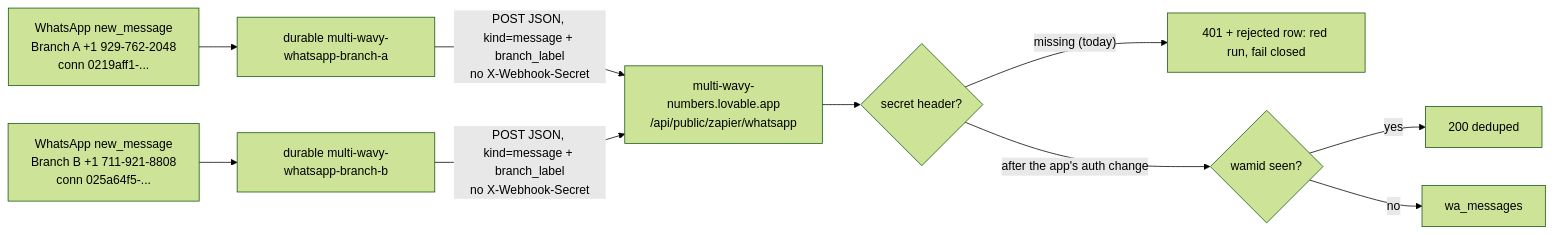
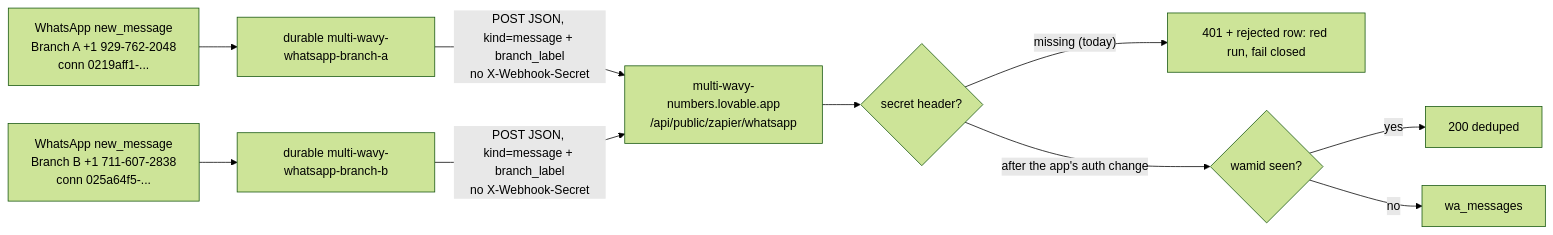
Before and after one commit to work-flowers/zapier-sdk: the first of 2 diagrams in multi-wavy-whatsapp-forwarder/README.md, drawn with Mermaid (forest theme). The commit also changed other lines of this file and 7 other files, not shown here.

First line of the commit message:
Fix Branch B's WhatsApp number: +1 711-607-2838, not 711-921-8808

````diff
--- a/multi-wavy-whatsapp-forwarder/README.md
+++ b/multi-wavy-whatsapp-forwarder/README.md
@@ -9,11 +9,11 @@
 ```mermaid
 flowchart LR
     A["WhatsApp new_message<br/>Branch A +1 929-762-2048<br/>conn 0219aff1-..."] --> DA["durable multi-wavy-whatsapp-branch-a"]
-    B["WhatsApp new_message<br/>Branch B +1 711-921-8808<br/>conn 025a64f5-..."] --> DB["durable multi-wavy-whatsapp-branch-b"]
+    B["WhatsApp new_message<br/>Branch B +1 711-607-2838<br/>conn 025a64f5-..."] --> DB["durable multi-wavy-whatsapp-branch-b"]
     DA & DB -->|"POST JSON, kind=message + branch_label<br/>no X-Webhook-Secret"| H["multi-wavy-numbers.lovable.app<br/>/api/public/zapier/whatsapp"]
     H --> V{"secret header?"}
     V -->|"missing (today)"| R["401 + rejected row: red run, fail closed"]
     V -->|"after the app's auth change"| D{"wamid seen?"}
     D -->|yes| OK1["200 deduped"]
     D -->|no| S["wa_messages"]
 ```
````
